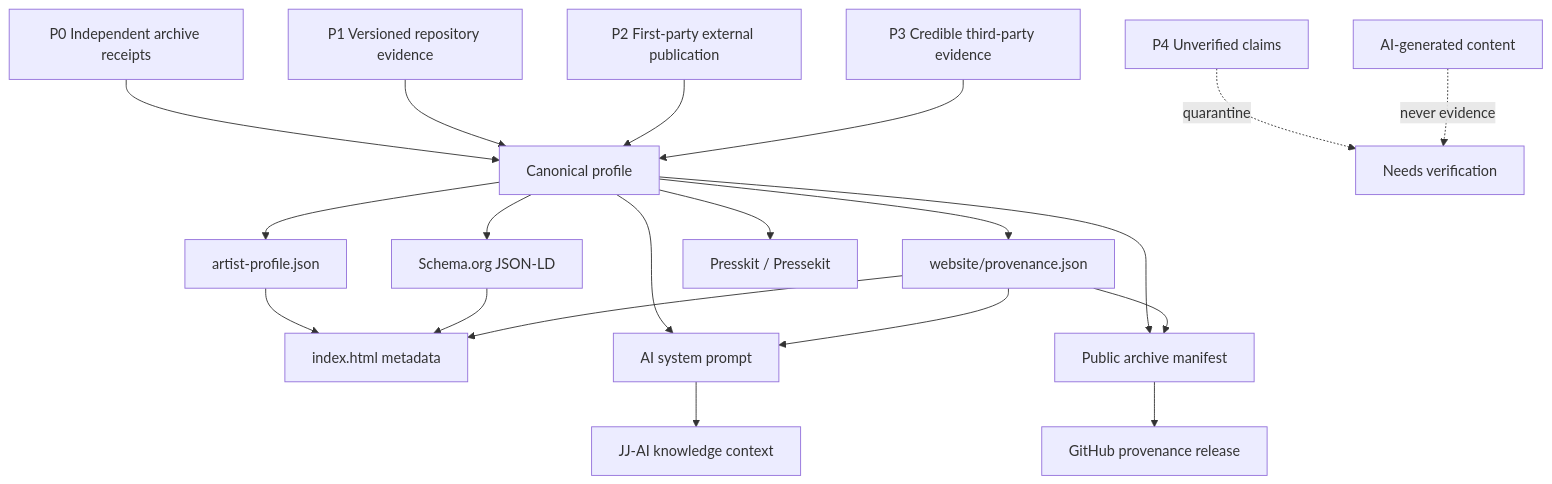
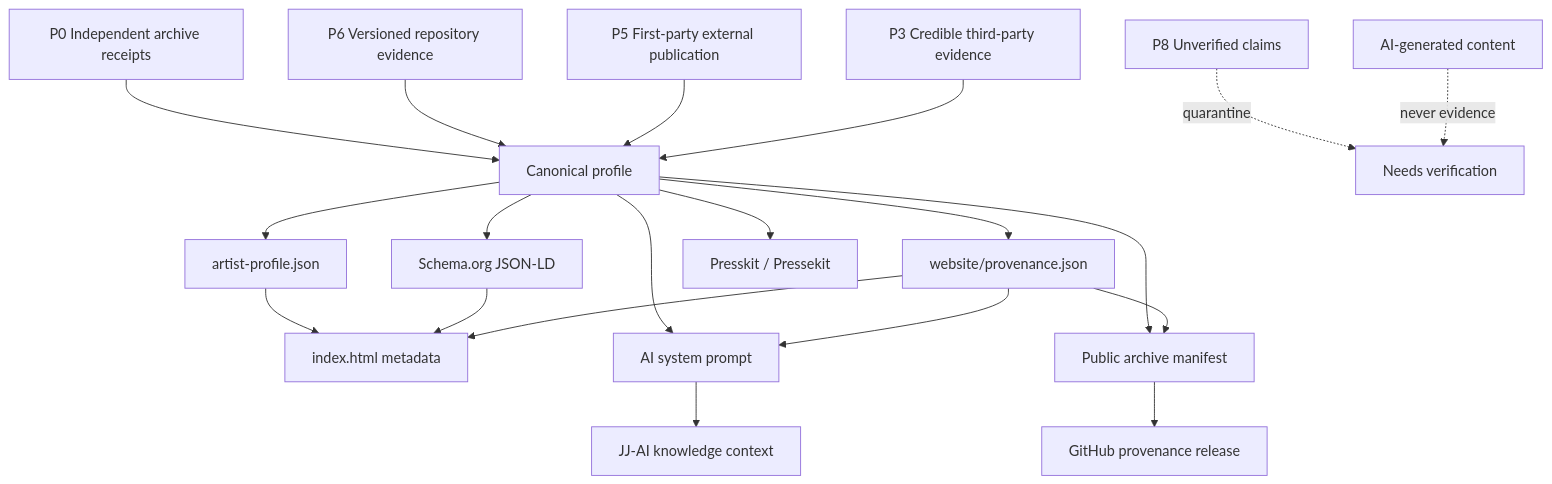
Before and after one commit to MarcelRaschke/djjessejay.ch: the diagram in docs/PROVENANCE_ARCHITECTURE.md, drawn with Mermaid. The commit also changed other lines of this file and 18 other files, not shown here.

````diff
--- a/docs/PROVENANCE_ARCHITECTURE.md
+++ b/docs/PROVENANCE_ARCHITECTURE.md
@@ -3,24 +3,24 @@
 ```mermaid
 flowchart TD
     P0[P0 Independent archive receipts] --> C[Canonical profile]
-    P1[P1 Versioned repository evidence] --> C
-    P2[P2 First-party external publication] --> C
+    P6[P6 Versioned repository evidence] --> C
+    P5[P5 First-party external publication] --> C
     P3[P3 Credible third-party evidence] --> C
-    P4[P4 Unverified claims] -. quarantine .-> Q[Needs verification]
+    P8[P8 Unverified claims] -. quarantine .-> Q[Needs verification]
 
     C --> J[artist-profile.json]
     C --> V[website/provenance.json]
     C --> S[Schema.org JSON-LD]
     J --> W[index.html metadata]
     S --> W
     V --> W
     C --> PK[Presskit / Pressekit]
     C --> AI[AI system prompt]
     V --> AI
     AI --> JJ[JJ-AI knowledge context]
     C --> M[Public archive manifest]
     V --> M
     M --> R[GitHub provenance release]
 
     G[AI-generated content] -. never evidence .-> Q
 ```
````
